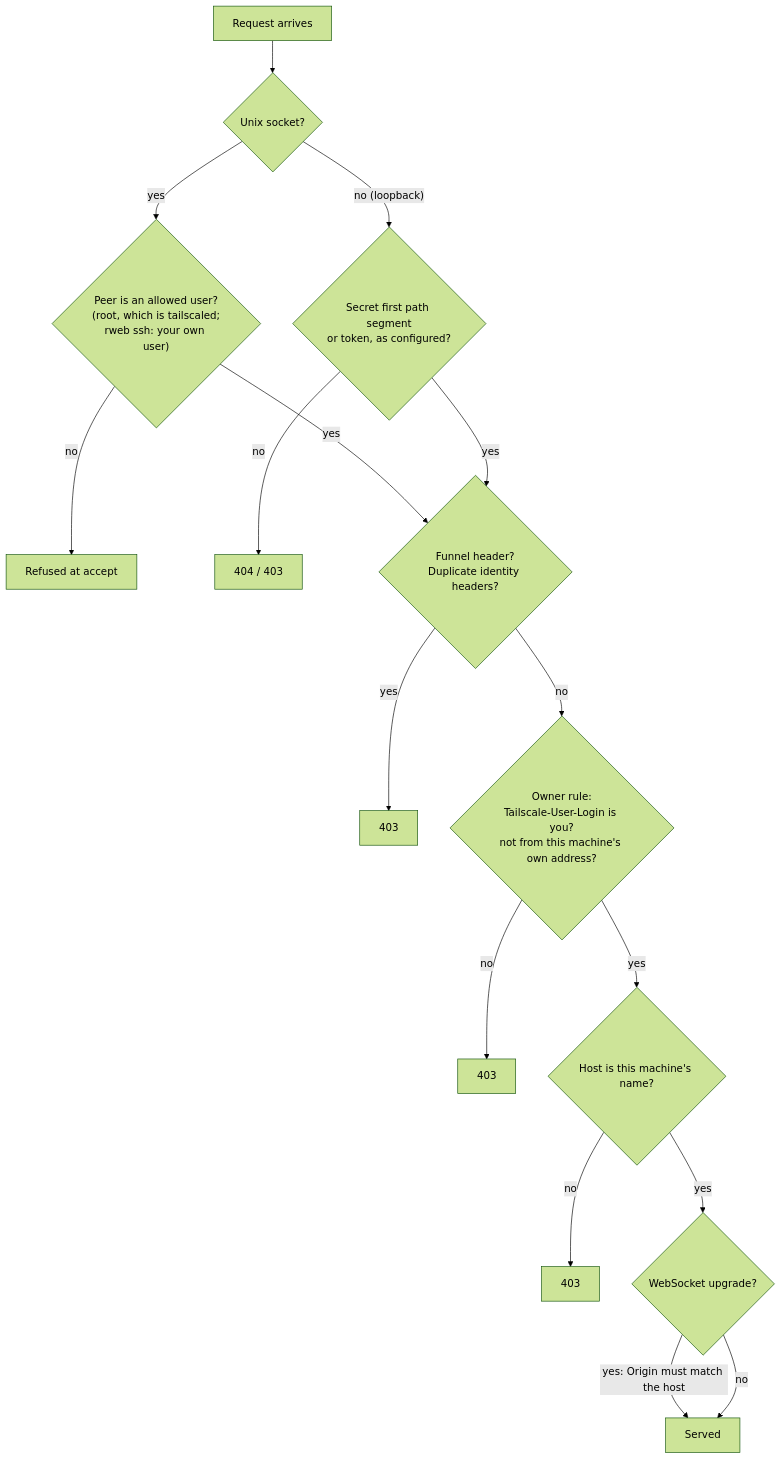
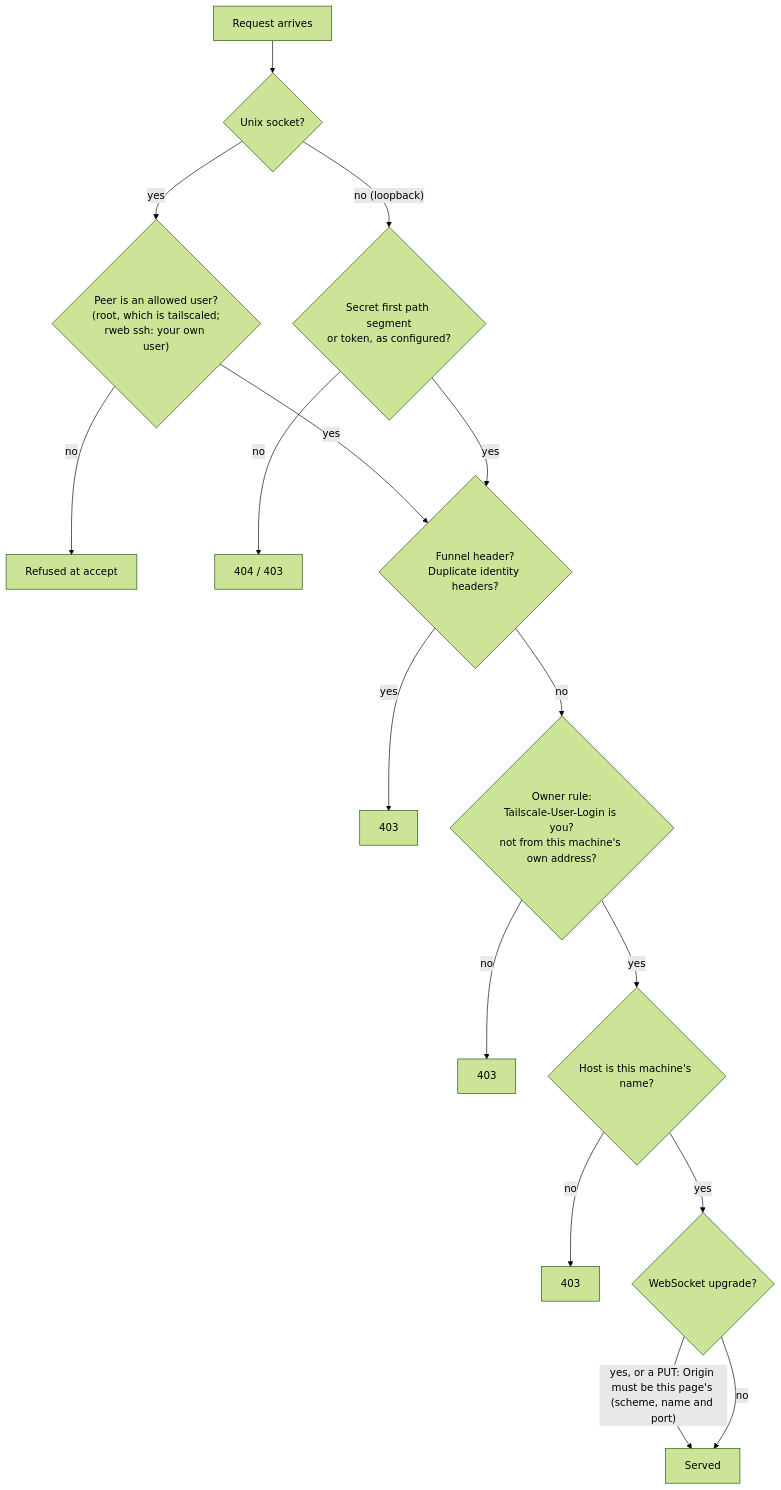
Before and after one commit to lexlapax/rweb: the third of 5 diagrams in docs/architecture.md, drawn with Mermaid (forest theme). The commit also changed other lines of this file and 26 other files, not shown here.

First line of the commit message:
security: round seven: the Origin compared on scheme, name and port with the scheme from the configuration; the update check follows no redirect; doctor filters Tailscale's text; packaging and dist stop on any failed step; private details out of the tree

````diff
--- a/docs/architecture.md
+++ b/docs/architecture.md
@@ -99,18 +99,18 @@
 ```mermaid
 flowchart TB
   A["Request arrives"] --> U{"Unix socket?"}
   U -- yes --> PEER{"Peer is an allowed user?<br/>(root, which is tailscaled;<br/>rweb ssh: your own user)"}
   PEER -- no --> X1["Refused at accept"]
   U -- "no (loopback)" --> SEC{"Secret first path segment<br/>or token, as configured?"}
   SEC -- no --> X2["404 / 403"]
   PEER -- yes --> H
   SEC -- yes --> H{"Funnel header?<br/>Duplicate identity headers?"}
   H -- yes --> X3["403"]
   H -- no --> O{"Owner rule:<br/>Tailscale-User-Login is you?<br/>not from this machine's own address?"}
   O -- no --> X4["403"]
   O -- yes --> HOST{"Host is this machine's name?"}
   HOST -- no --> X5["403"]
   HOST -- yes --> WS{"WebSocket upgrade?"}
-  WS -- "yes: Origin must match the host" --> OK["Served"]
+  WS -- "yes, or a PUT: Origin must be this page's (scheme, name and port)" --> OK["Served"]
   WS -- no --> OK
 ```
````
